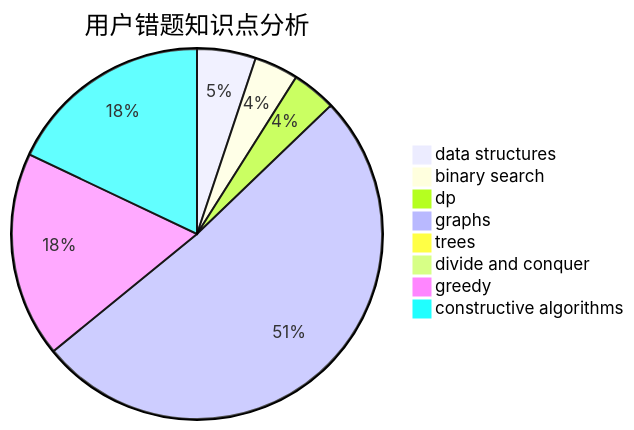
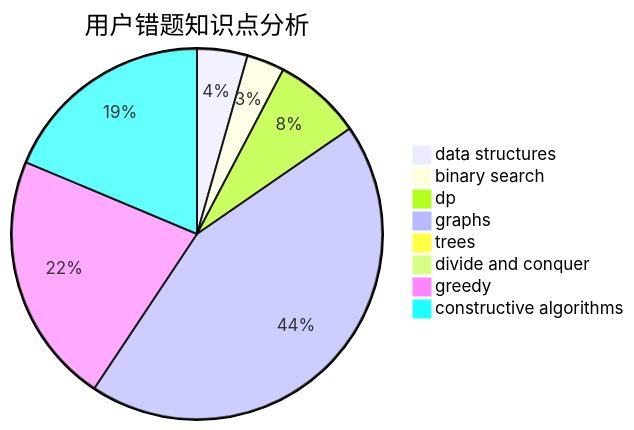
Before and after one commit to sherpahu/cfrs.github.io: the third of 3 diagrams in docs/user/u689.md, drawn with Mermaid. The commit also changed other lines of this file and 2770 other files, not shown here.

````diff
--- a/docs/user/u689.md
+++ b/docs/user/u689.md
@@ -36,11 +36,11 @@
 ```mermaid
 pie title 用户错题知识点分析
     "data structures" :  4
     "binary search" :  3
-    "dp" :  3
+    "dp" :  7
     "graphs" :  40
     "trees" :  0
     "divide and conquer" :  0
-    "greedy" :  14
-    "constructive algorithms" :  14
+    "greedy" :  20
+    "constructive algorithms" :  17
 ```
````
